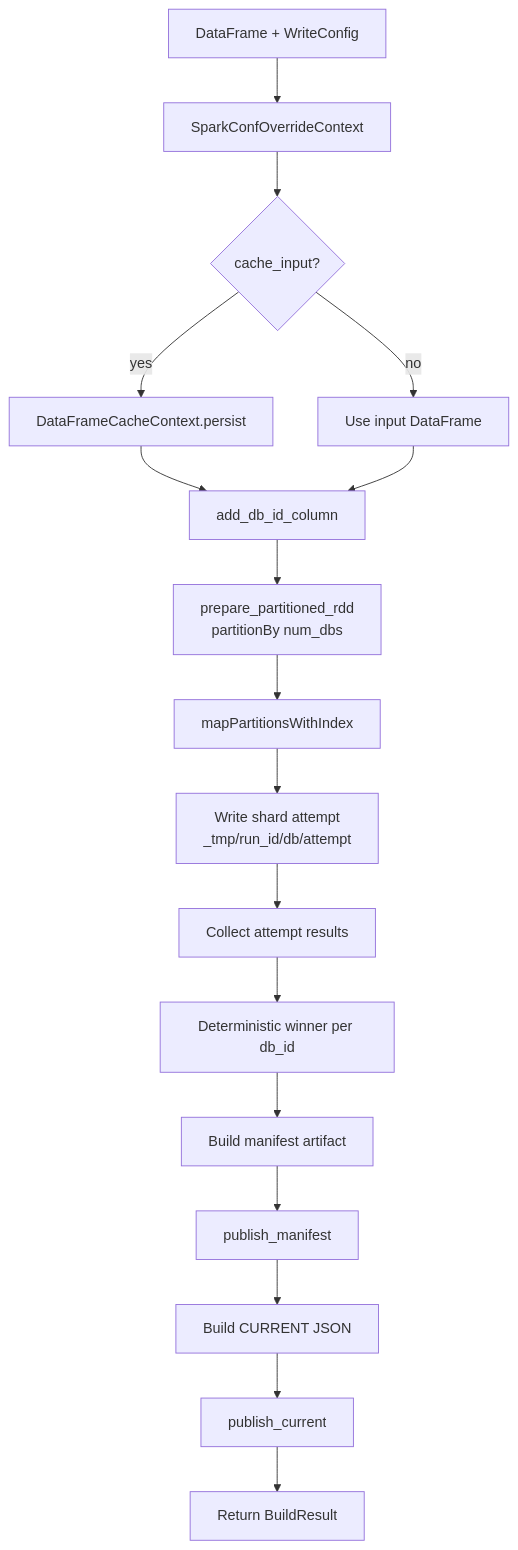
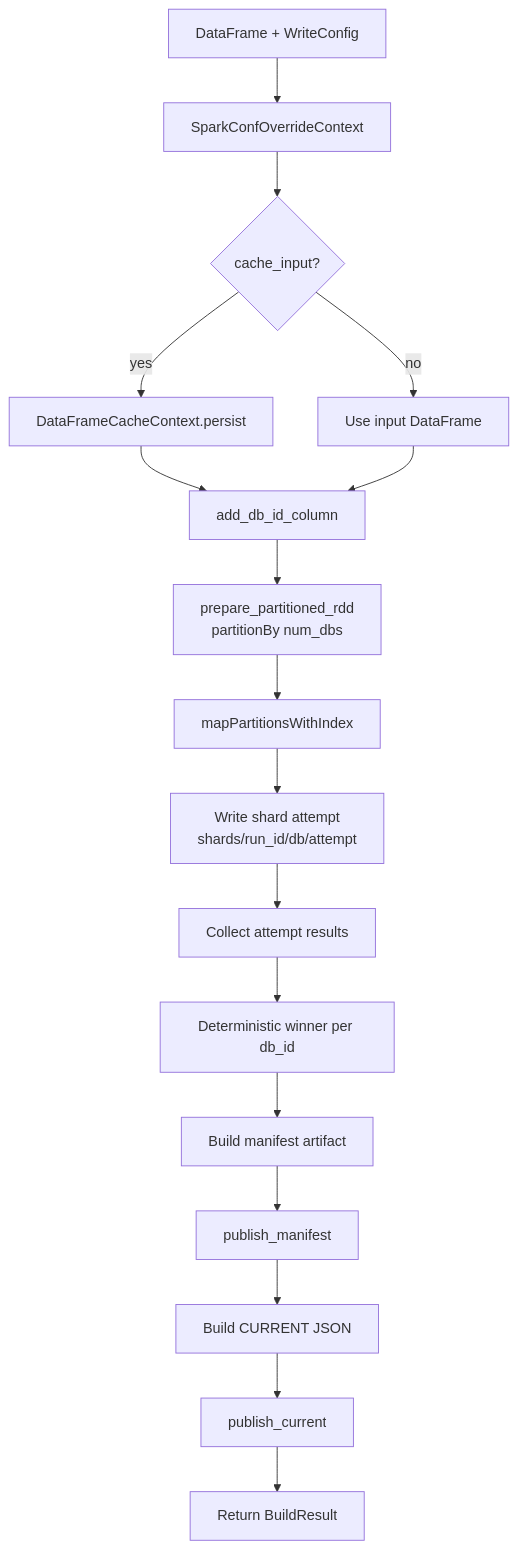
Before and after one commit to elkin/shardyfusion: the third of 4 diagrams in docs/how-it-works.md, drawn with Mermaid. The commit also changed other lines of this file and 2 other files, not shown here.

First line of the commit message:
docs: update documentation for shard_prefix rename

````diff
--- a/docs/how-it-works.md
+++ b/docs/how-it-works.md
@@ -283,19 +283,19 @@
 ```mermaid
 flowchart TD
     A[DataFrame + WriteConfig] --> B[SparkConfOverrideContext]
     B --> C{cache_input?}
     C -->|yes| D[DataFrameCacheContext.persist]
     C -->|no| E[Use input DataFrame]
     D --> F[add_db_id_column]
     E --> F
     F --> G["prepare_partitioned_rdd<br/>partitionBy num_dbs"]
     G --> H[mapPartitionsWithIndex]
-    H --> I["Write shard attempt<br/>_tmp/run_id/db/attempt"]
+    H --> I["Write shard attempt<br/>shards/run_id/db/attempt"]
     I --> J[Collect attempt results]
     J --> K[Deterministic winner per db_id]
     K --> L[Build manifest artifact]
     L --> M[publish_manifest]
     M --> N[Build CURRENT JSON]
     N --> O[publish_current]
     O --> P[Return BuildResult]
 ```
````
